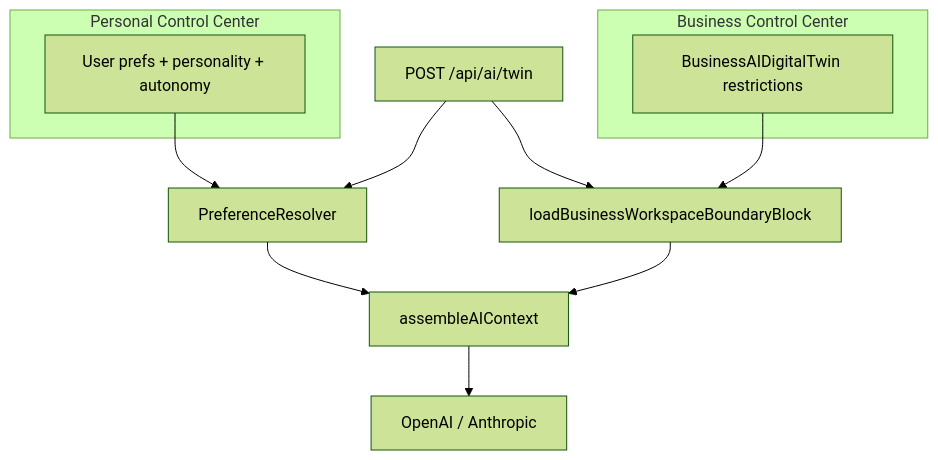
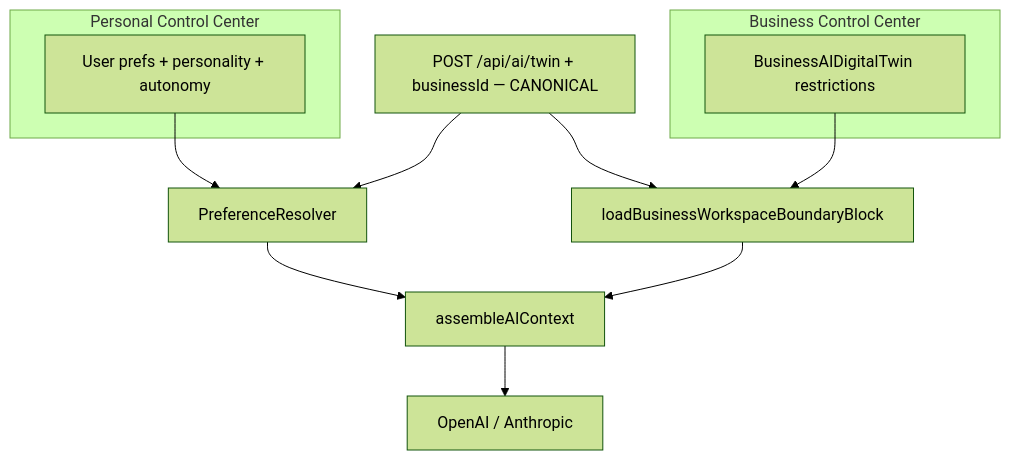
The diagram in docs/architecture/AI_BUSINESS_PERSONAL_TWIN_BOUNDARIES.md (ADTrauts/Vssyl), drawn with Mermaid (forest theme) before and after one commit. The commit also changed other lines of this file and 13 other files, not shown here.

First line of the commit message:
docs(ai): reconcile digital life twin architecture

````diff
--- a/docs/architecture/AI_BUSINESS_PERSONAL_TWIN_BOUNDARIES.md
+++ b/docs/architecture/AI_BUSINESS_PERSONAL_TWIN_BOUNDARIES.md
@@ -24,17 +57,17 @@
 ```mermaid
 flowchart TB
   subgraph personal [Personal Control Center]
     Prefs[User prefs + personality + autonomy]
   end
   subgraph business [Business Control Center]
     Biz[BusinessAIDigitalTwin restrictions]
   end
-  Twin[POST /api/ai/twin]
+  Twin["POST /api/ai/twin + businessId — CANONICAL"]
   Prefs --> Resolver[PreferenceResolver]
   Biz --> Boundaries[loadBusinessWorkspaceBoundaryBlock]
   Twin --> Resolver
   Twin --> Boundaries
   Resolver --> Assembler[assembleAIContext]
   Boundaries --> Assembler
   Assembler --> Provider[OpenAI / Anthropic]
 ```
````
